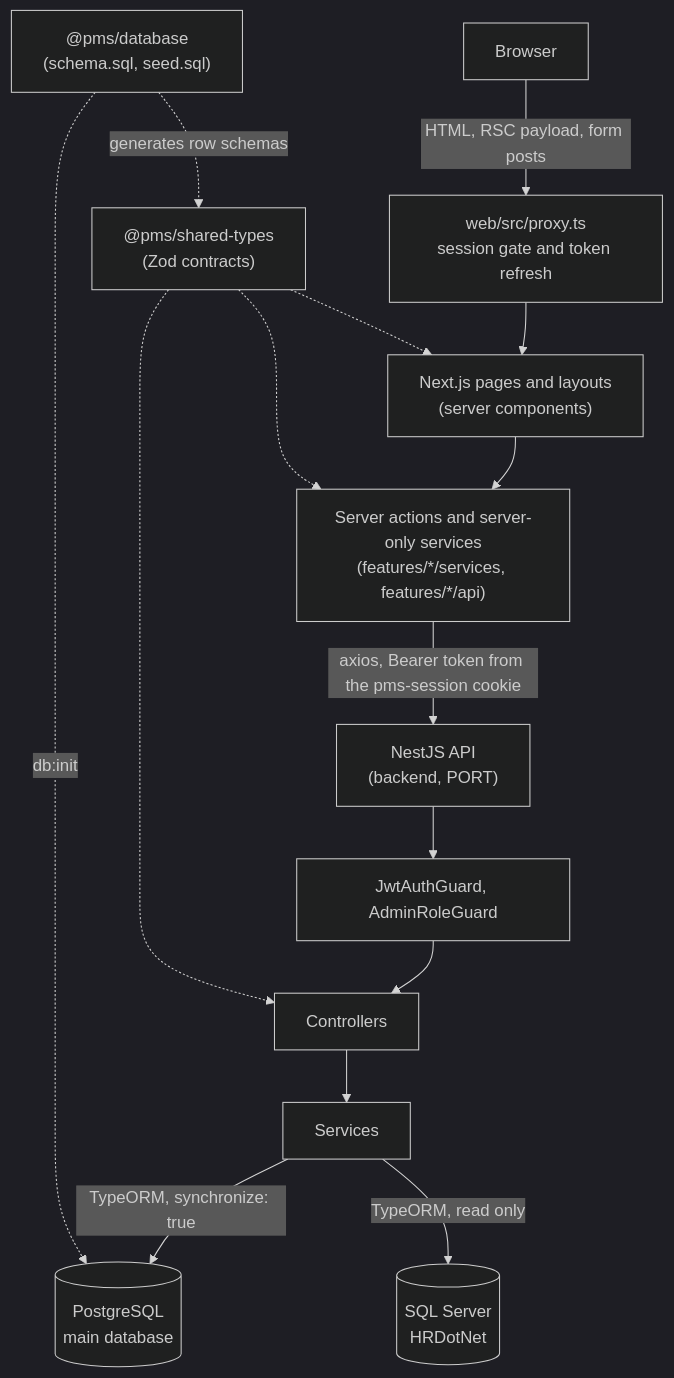
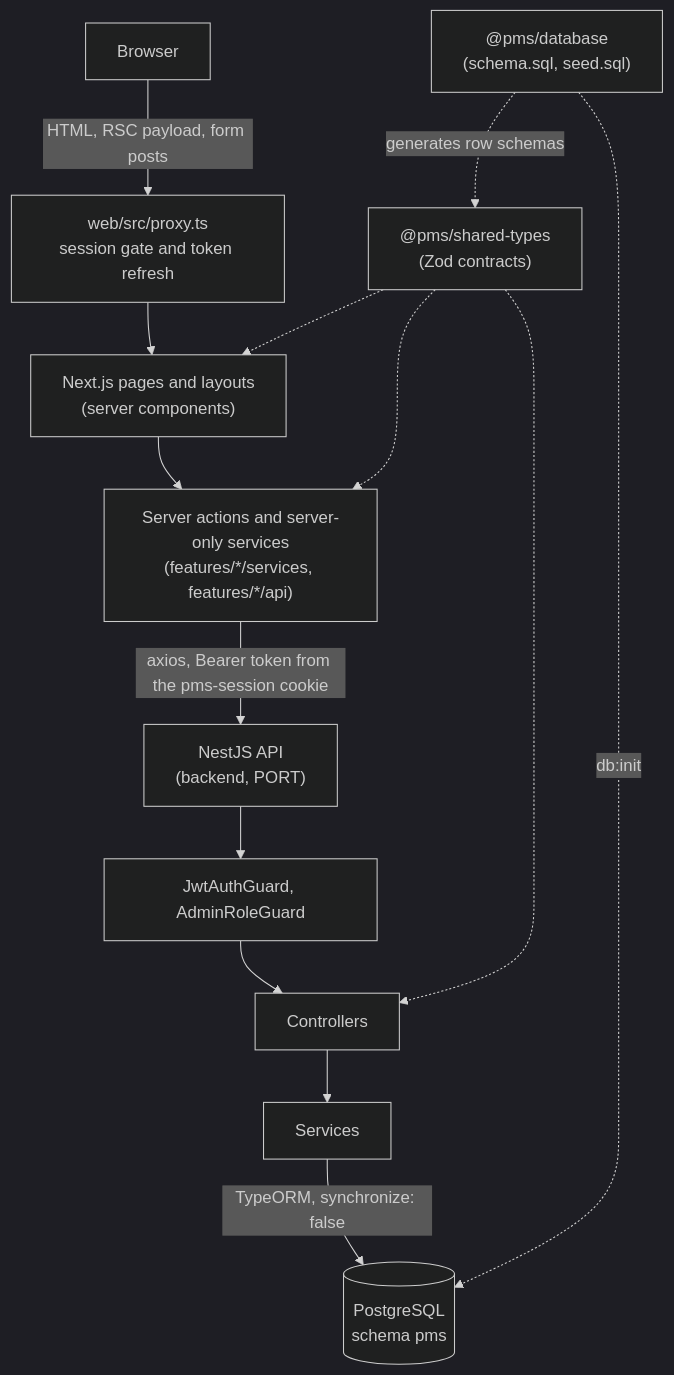
Before and after one commit to intellismartinc-iging/performance-management-system: the first of 4 diagrams in docs/system-architecture.md, drawn with Mermaid (dark theme). The commit also changed other lines of this file and 16 other files, not shown here.

````diff
--- a/docs/system-architecture.md
+++ b/docs/system-architecture.md
@@ -22,17 +22,16 @@
 ```mermaid
 graph TD
   Browser["Browser"] -->|"HTML, RSC payload, form posts"| Proxy["web/src/proxy.ts<br/>session gate and token refresh"]
   Proxy --> Pages["Next.js pages and layouts<br/>(server components)"]
   Pages --> Actions["Server actions and server-only services<br/>(features/*/services, features/*/api)"]
   Actions -->|"axios, Bearer token from the pms-session cookie"| Api["NestJS API<br/>(backend, PORT)"]
   Api --> Guards["JwtAuthGuard, AdminRoleGuard"]
   Guards --> Controllers["Controllers"]
   Controllers --> Services["Services"]
-  Services -->|"TypeORM, synchronize: true"| Pg[("PostgreSQL<br/>main database")]
-  Services -->|"TypeORM, read only"| Mssql[("SQL Server<br/>HRDotNet")]
+  Services -->|"TypeORM, synchronize: false"| Pg[("PostgreSQL<br/>schema pms")]
   Contracts["@pms/shared-types<br/>(Zod contracts)"] -.-> Pages
   Contracts -.-> Actions
   Contracts -.-> Controllers
   Schema["@pms/database<br/>(schema.sql, seed.sql)"] -.->|"generates row schemas"| Contracts
   Schema -.->|"db:init"| Pg
 ```
````
